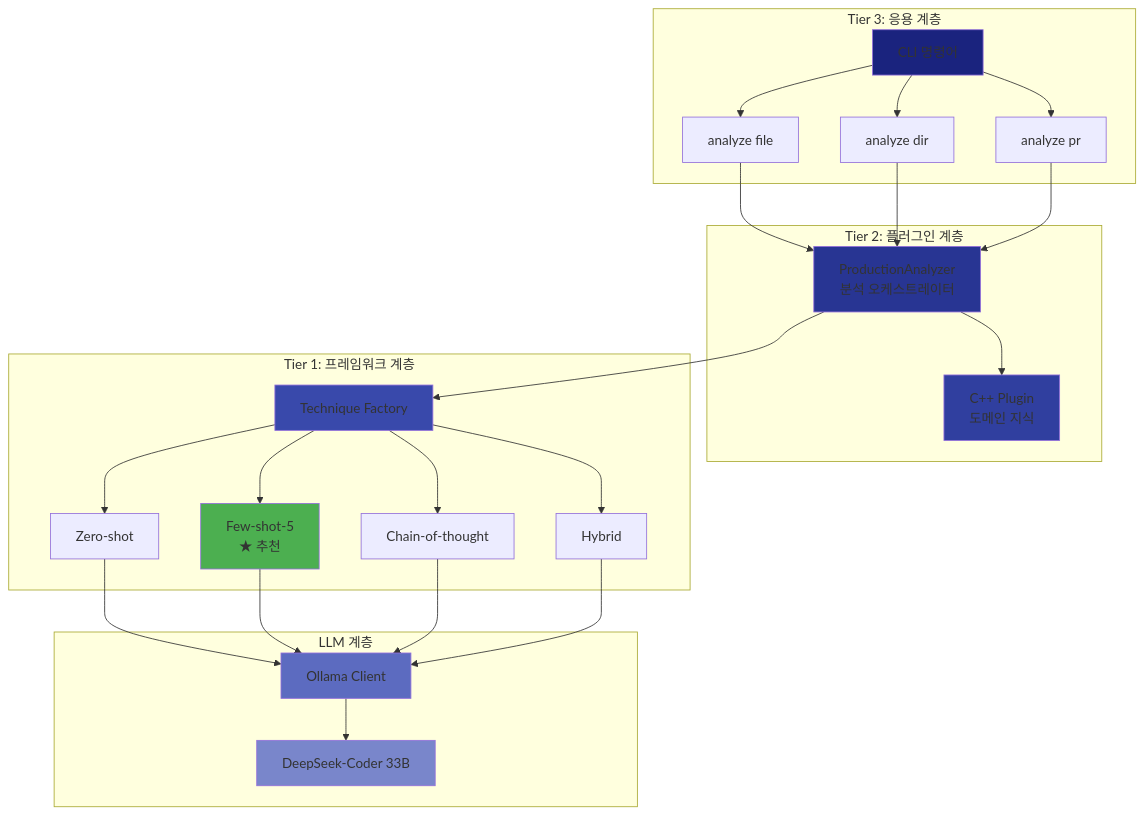
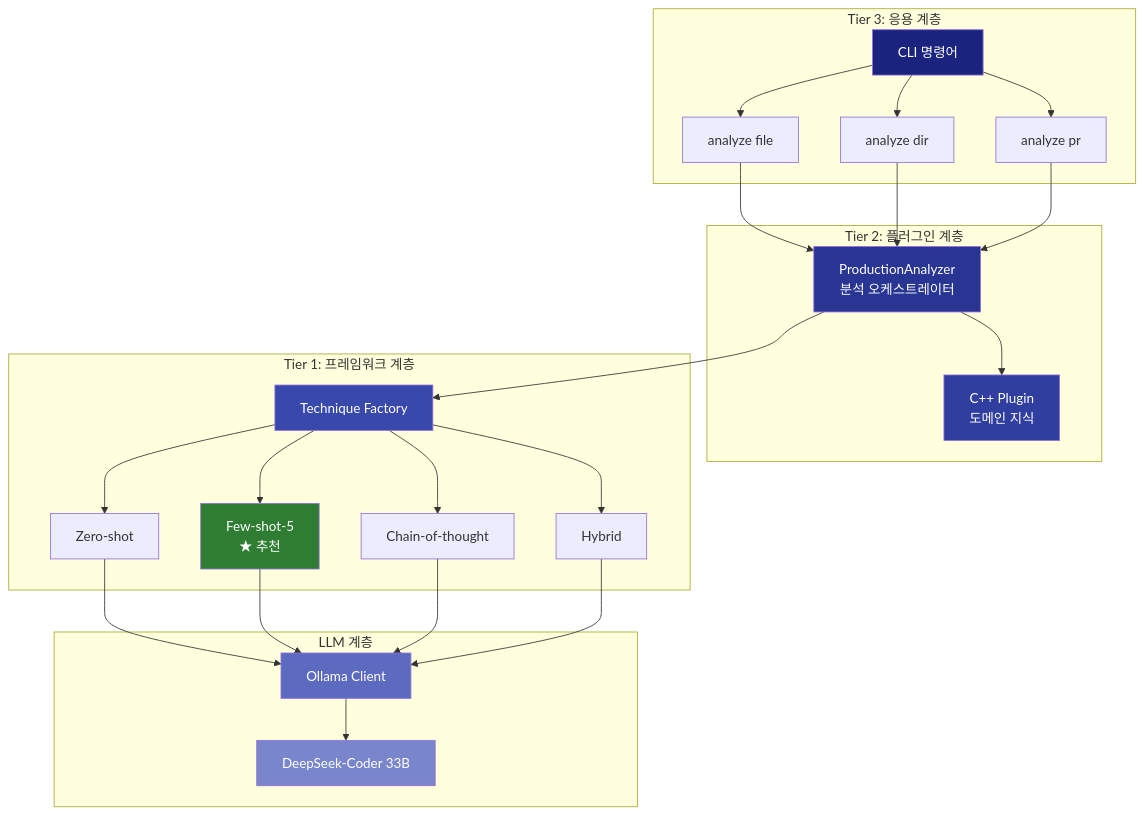
The fourth of 15 diagrams in docs/PROJECT_OVERVIEW.md (ApeachM/llm-code-reviewer), drawn with Mermaid before and after one commit. The commit also changed other lines of this file and 2 other files, not shown here.

First line of the commit message:
docs: Update Mermaid diagram colors for improved dark theme readability

````diff
--- a/docs/PROJECT_OVERVIEW.md
+++ b/docs/PROJECT_OVERVIEW.md
@@ -145,46 +145,46 @@
 ```mermaid
 graph TB
     subgraph "Tier 3: 응용 계층"
         CLI[CLI 명령어]
         CLI --> FileCmd[analyze file]
         CLI --> DirCmd[analyze dir]
         CLI --> PRCmd[analyze pr]
     end
 
     subgraph "Tier 2: 플러그인 계층"
         PA[ProductionAnalyzer<br/>분석 오케스트레이터]
         CppPlugin[C++ Plugin<br/>도메인 지식]
 
         FileCmd --> PA
         DirCmd --> PA
         PRCmd --> PA
         PA --> CppPlugin
     end
 
     subgraph "Tier 1: 프레임워크 계층"
         TechFactory[Technique Factory]
         PA --> TechFactory
 
         TechFactory --> ZeroShot[Zero-shot]
         TechFactory --> FewShot[Few-shot-5<br/>★ 추천]
         TechFactory --> CoT[Chain-of-thought]
         TechFactory --> Hybrid[Hybrid]
     end
 
     subgraph "LLM 계층"
         ZeroShot --> OllamaClient[Ollama Client]
         FewShot --> OllamaClient
         CoT --> OllamaClient
         Hybrid --> OllamaClient
 
         OllamaClient --> LLM[DeepSeek-Coder 33B]
     end
 
-    style CLI fill:#1a237e
-    style PA fill:#283593
-    style CppPlugin fill:#303f9f
-    style TechFactory fill:#3949ab
-    style FewShot fill:#4caf50
-    style OllamaClient fill:#5c6bc0
-    style LLM fill:#7986cb
+    style CLI fill:#1a237e,color:#fff
+    style PA fill:#283593,color:#fff
+    style CppPlugin fill:#303f9f,color:#fff
+    style TechFactory fill:#3949ab,color:#fff
+    style FewShot fill:#2e7d32,color:#fff
+    style OllamaClient fill:#5c6bc0,color:#fff
+    style LLM fill:#7986cb,color:#fff
 ```
````
